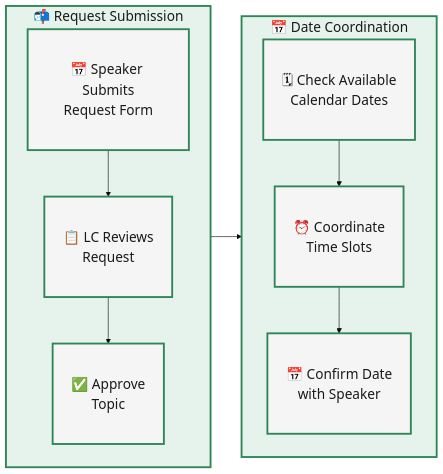
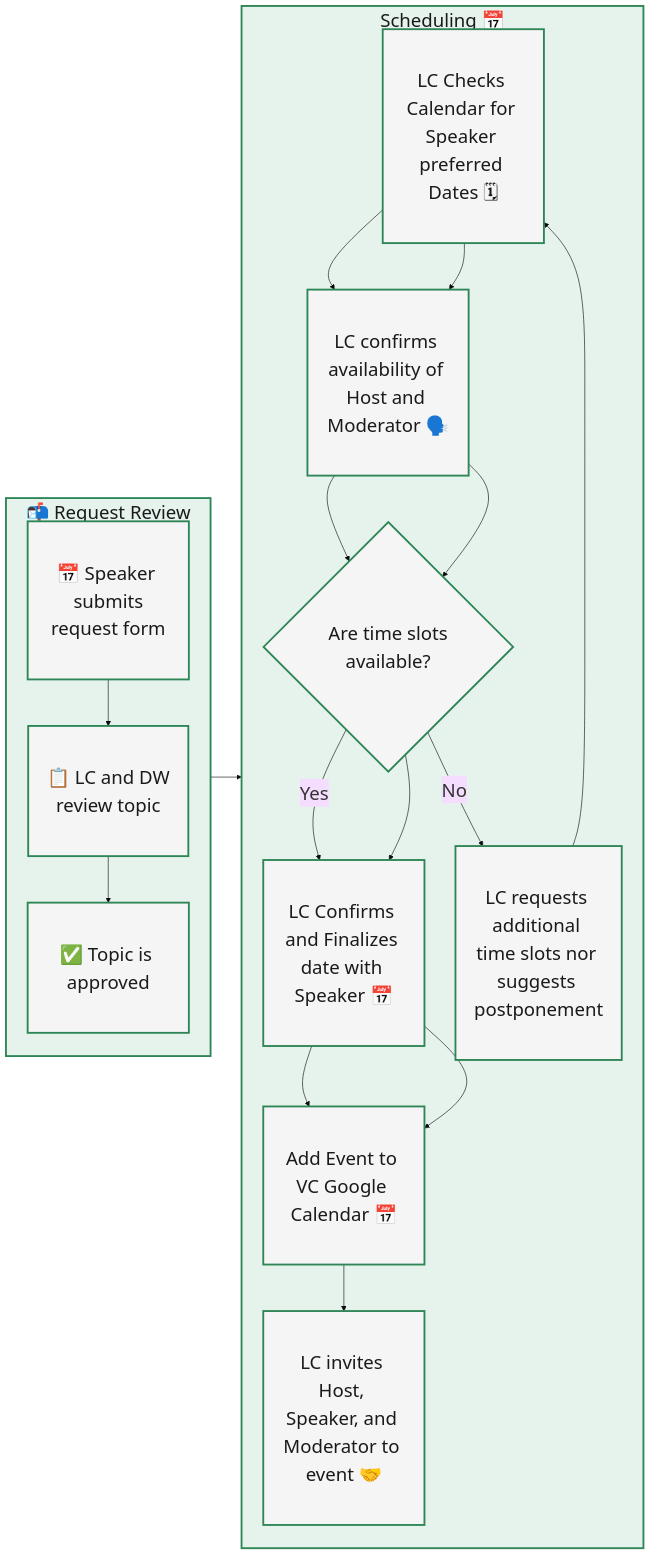
Before and after one commit to CBID2/VC-Community-Docs: the diagram in docs/lunch-and-learns/process-docs.md, drawn with Mermaid. The commit also changed other lines of this file and 1 other file, not shown here.

Commit message:
Update Lunch & Learn process docs and flowchart
- Updated the request review section with new roles
- Enhanced the scheduling workflow with conditional paths
- Improved flowchart readability with better formatting
- Fixed Mermaid.js syntax for better rendering

````diff
--- a/docs/lunch-and-learns/process-docs.md
+++ b/docs/lunch-and-learns/process-docs.md
@@ -78,29 +80,36 @@
 ```mermaid
-%%{init: {'theme':'base', 'themeVariables': {'fontSize':'22px', 'fontFamily':'arial'}}}%%
+%%{init: {'theme':'base', 'themeVariables': {'fontSize':'30px', 'fontFamily':'arial'}}}%%
 flowchart LR
-  %% Left Column - Initial Request
-  subgraph A["📬 Request Submission"]
+  %% Left Column - Request Review
+  subgraph A["📬 Request Review"]
     direction TB
-    A1["📅 Speaker Submits<br/>Request Form"]
-    A2["📋 LC Reviews<br/>Request"]
-    A3["✅ Approve<br/>Topic"]
+    A1["📅 Speaker submits<br/>request form"]
+    A2["📋 LC and DW <br/> review topic"]
+    A3["✅ Topic is approved"]
     A1 --> A2 --> A3
   end
 
-  %% Right Column - Date Selection
-  subgraph B["📅 Date Coordination"]
+  %% Right Column - Scheduling Stage 
+  subgraph B[Scheduling 📅]
     direction TB
-    B1["🗓 Check Available<br/>Calendar Dates"]
-    B2["⏰ Coordinate<br/>Time Slots"]
-    B3["📅 Confirm Date<br/>with Speaker"]
+    B1["LC Checks Calendar for Speaker preferred Dates 🗓"]
+    B2["LC confirms availability of Host and Moderator 🗣️"]
+    B3{"Are time slots\navailable?"}
+    B4["LC Confirms and Finalizes date with Speaker 📅"]
+    B5["Add Event to VC Google Calendar 📅"]
+    B6[LC invites Host, Speaker, and Moderator to event 🤝]
+    B7["LC requests additional time slots nor suggests postponement"]
+    
     B1 --> B2 --> B3
+    B3 -->|Yes| B4 --> B5 --> B6
+    B3 -->|No| B7 --> B1
   end
 
   %% Flow between columns
-  A3 --> B1
+  A3 --> B1 --> B2 --> B3 --> B4 --> B5
 
   %% Styling
   classDef default fill:#f5f5f5,stroke:#2e8555,stroke-width:3px,color:#1a1a1a,padding:15px;
   classDef process fill:#e6f3ed,stroke:#2e8555,stroke-width:3px,color:#1a1a1a;
   class A,B process;
 ```
````
